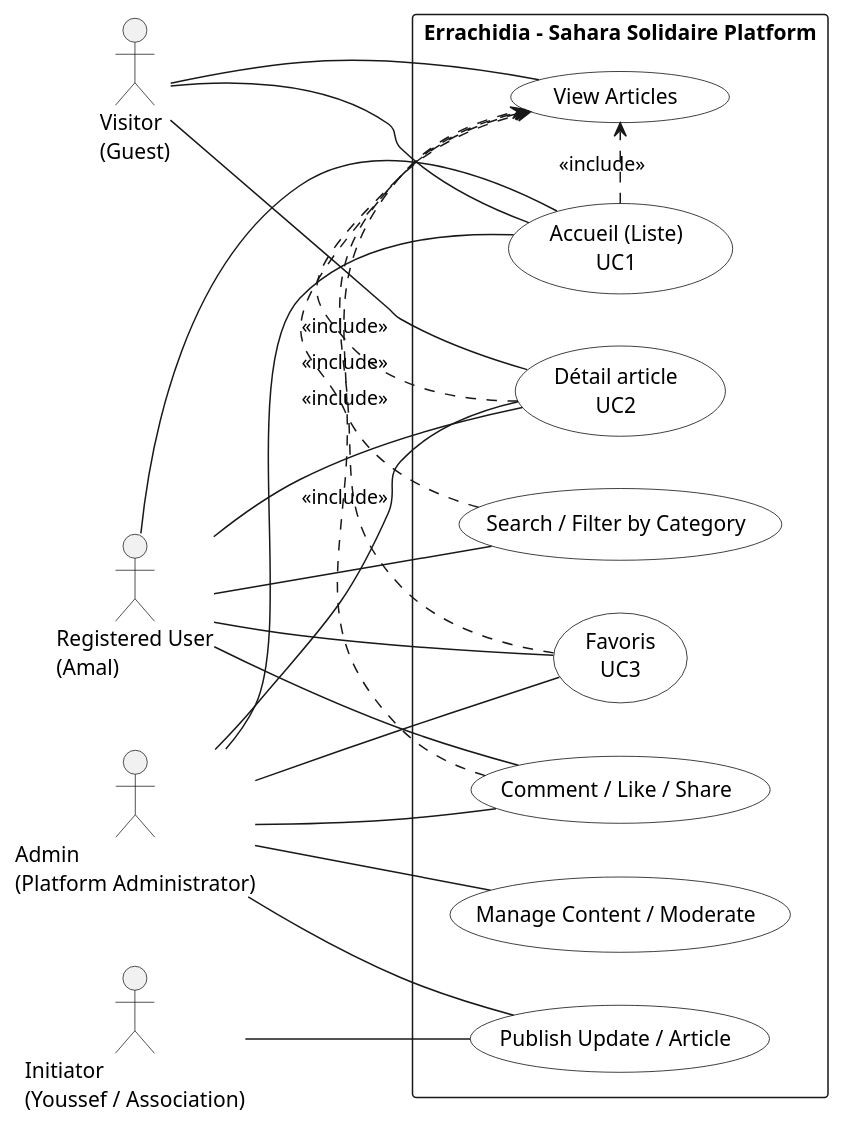
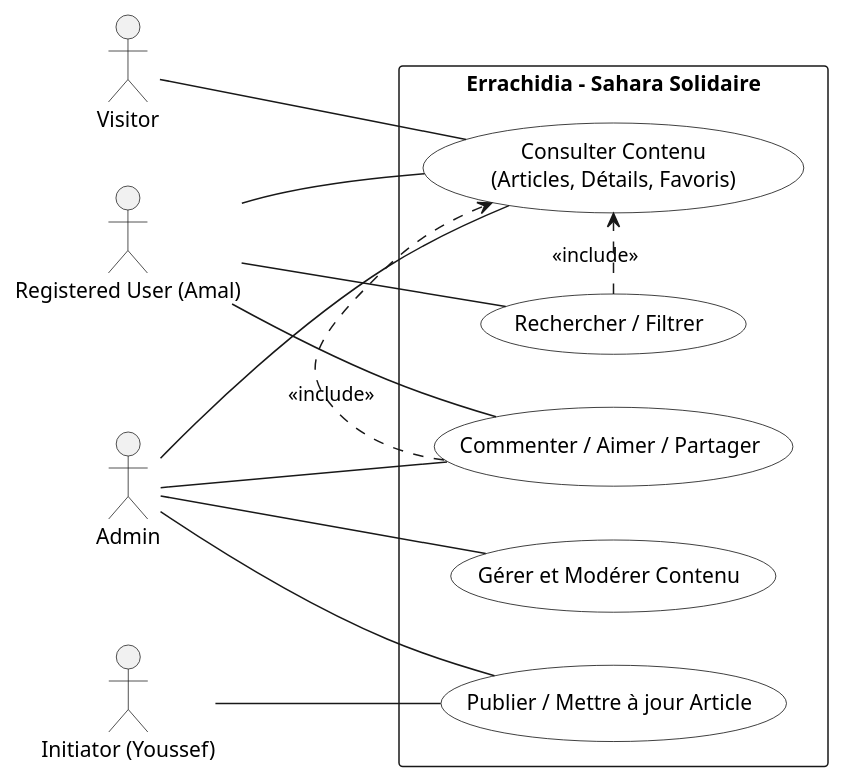
The diagram in diagramme-usecase.PUML (BenTaleb-Mehdi/Analyse-du-besoin), drawn with PlantUML before and after one commit.

```diff
--- a/diagramme-usecase.PUML
+++ b/diagramme-usecase.PUML
@@ -1,58 +1,37 @@
 @startuml
-
 left to right direction
 skinparam packageStyle rectangle
 skinparam usecase {
-BackgroundColor White
-BorderColor Black
+  BackgroundColor White
+  BorderColor Black
 }
 
-actor "Visitor\n(Guest)" as Visitor
-actor "Initiator\n(Youssef / Association)" as Initiator
-actor "Registered User\n(Amal)" as Registered
-actor "Admin\n(Platform Administrator)" as Admin
+actor "Visitor" as V
+actor "Initiator (Youssef)" as I
+actor "Registered User (Amal)" as R
+actor "Admin" as A
 
-package "Errachidia – Sahara Solidaire Platform" {
+package "Errachidia – Sahara Solidaire" {
 
-' Existing Use Cases
-usecase "View Articles" as UC_View
-usecase "Publish Update / Article" as UC_Publish
-usecase "Comment / Like / Share" as UC_Comment
-usecase "Search / Filter by Category" as UC_Search
-usecase "Manage Content / Moderate" as UC_Admin
-
-' New Use Cases
-usecase "Accueil (Liste)\nUC1" as UC1
-usecase "Détail article\nUC2" as UC2
-usecase "Favoris\nUC3" as UC3
+  usecase "Consulter Contenu\n(Articles, Détails, Favoris)" as UC_Public
+  usecase "Publier / Mettre à jour Article" as UC_Publish
+  usecase "Commenter / Aimer / Partager" as UC_Comment
+  usecase "Rechercher / Filtrer" as UC_Search
+  usecase "Gérer et Modérer Contenu" as UC_Admin
 }
 
-' -------------------------
-' Relationships
-' -------------------------
+' Relations simplifiées
+V -- UC_Public
+I -- UC_Publish
+R -- UC_Public
+R -- UC_Comment
+R -- UC_Search
+A -- UC_Publish
+A -- UC_Comment
+A -- UC_Admin
+A -- UC_Public
 
-Visitor -- UC_View
-Visitor -- UC1
-Visitor -- UC2
-
-Initiator -- UC_Publish
-Registered -- UC_Comment
-Registered -- UC_Search
-Registered -- UC3
-Registered -- UC1
-Registered -- UC2
-Admin -- UC_Publish
-Admin -- UC_Admin
-Admin -- UC_Comment
-Admin -- UC1
-Admin -- UC2
-Admin -- UC3
-
-' Include / Extend relationships
-UC_Comment .> UC_View : <<include>>
-UC_Search .> UC_View : <<include>>
-UC1 .> UC_View : <<include>>
-UC2 .> UC_View : <<include>>
-UC3 .> UC_View : <<include>>
-
+' Relations logiques
+UC_Comment .> UC_Public : <<include>>
+UC_Search .> UC_Public : <<include>>
 @enduml
```
